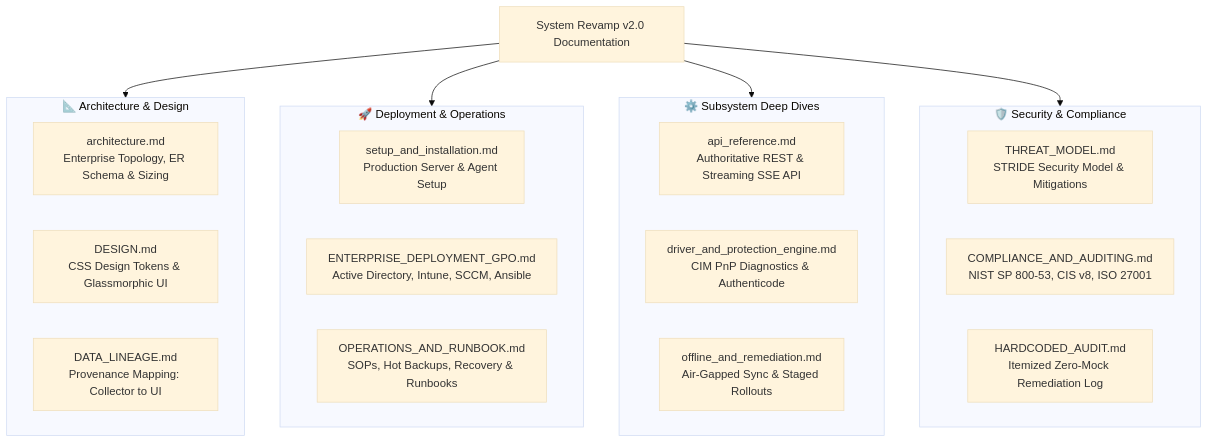
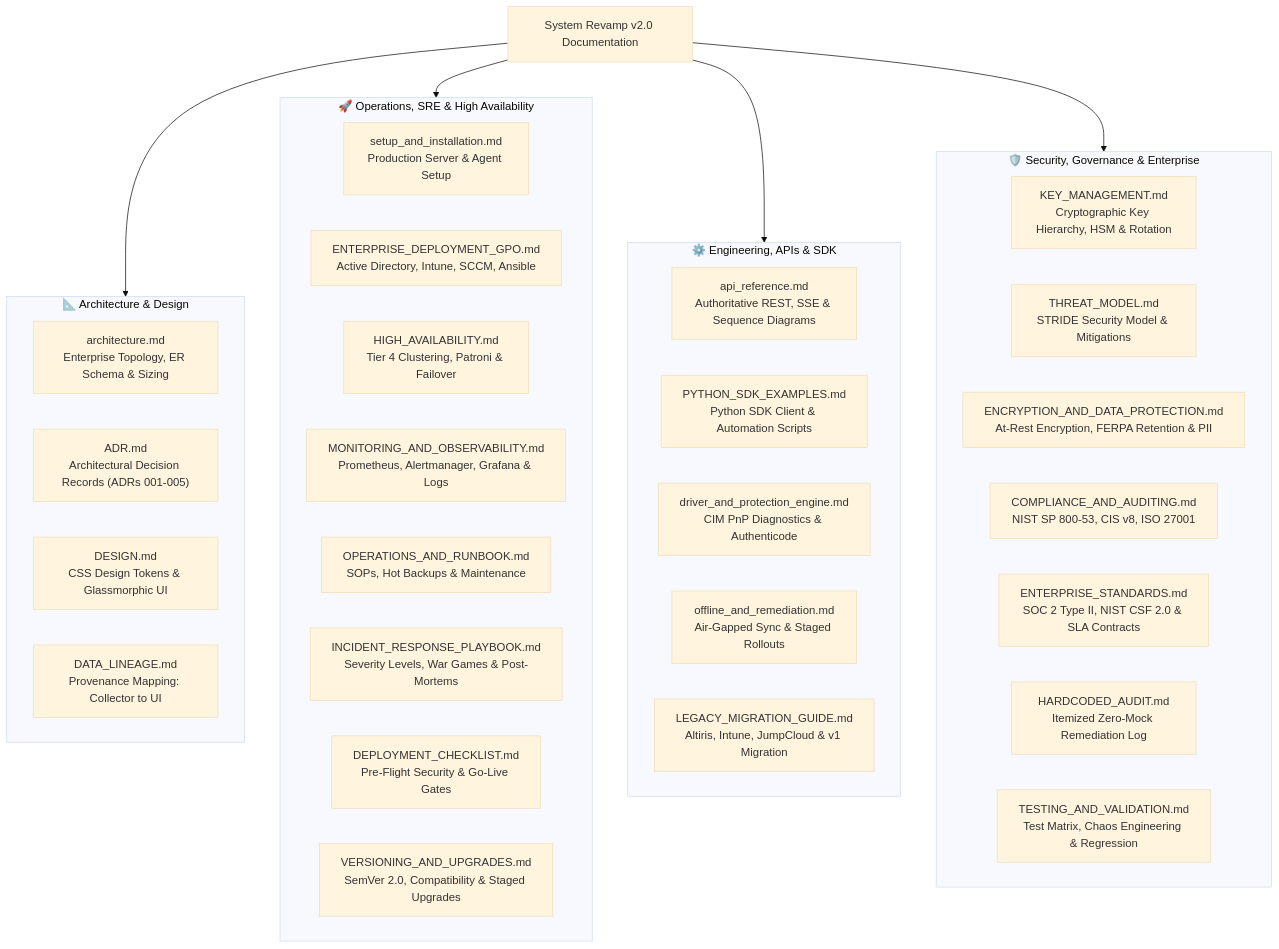
One commit to Darksider70-yep/System_Revamp changed the diagram in docs/README.md. Above: the diagram before and after it, drawn with Mermaid (base theme). The commit also changed other lines of this file and 17 other files, not shown here.

Commit message:
docs: add comprehensive documentation, enterprise standards, and OpenAPI specification files

````diff
--- a/docs/README.md
+++ b/docs/README.md
@@ -13,33 +13,45 @@
 ```mermaid
 graph TD
     Root["System Revamp v2.0 Documentation"]
 
     subgraph Architecture_and_Design ["📐 Architecture & Design"]
         Arch["architecture.md<br/>Enterprise Topology, ER Schema & Sizing"]
+        ADR["ADR.md<br/>Architectural Decision Records (ADRs 001-005)"]
         Design["DESIGN.md<br/>CSS Design Tokens & Glassmorphic UI"]
         Lineage["DATA_LINEAGE.md<br/>Provenance Mapping: Collector to UI"]
     end
 
-    subgraph Operations_and_Deployment ["🚀 Deployment & Operations"]
+    subgraph Operations_and_Reliability ["🚀 Operations, SRE & High Availability"]
         Setup["setup_and_installation.md<br/>Production Server & Agent Setup"]
         GPO["ENTERPRISE_DEPLOYMENT_GPO.md<br/>Active Directory, Intune, SCCM, Ansible"]
-        Runbook["OPERATIONS_AND_RUNBOOK.md<br/>SOPs, Hot Backups, Recovery & Runbooks"]
+        HA["HIGH_AVAILABILITY.md<br/>Tier 4 Clustering, Patroni & Failover"]
+        Mon["MONITORING_AND_OBSERVABILITY.md<br/>Prometheus, Alertmanager, Grafana & Logs"]
+        Runbook["OPERATIONS_AND_RUNBOOK.md<br/>SOPs, Hot Backups & Maintenance"]
+        IR["INCIDENT_RESPONSE_PLAYBOOK.md<br/>Severity Levels, War Games & Post-Mortems"]
+        Checklist["DEPLOYMENT_CHECKLIST.md<br/>Pre-Flight Security & Go-Live Gates"]
+        Version["VERSIONING_AND_UPGRADES.md<br/>SemVer 2.0, Compatibility & Staged Upgrades"]
     end
 
-    subgraph Engineering_Deep_Dives ["⚙️ Subsystem Deep Dives"]
-        API["api_reference.md<br/>Authoritative REST & Streaming SSE API"]
+    subgraph Engineering_and_Automation ["⚙️ Engineering, APIs & SDK"]
+        API["api_reference.md<br/>Authoritative REST, SSE & Sequence Diagrams"]
+        SDK["PYTHON_SDK_EXAMPLES.md<br/>Python SDK Client & Automation Scripts"]
         Driver["driver_and_protection_engine.md<br/>CIM PnP Diagnostics & Authenticode"]
         AirGap["offline_and_remediation.md<br/>Air-Gapped Sync & Staged Rollouts"]
+        Migrate["LEGACY_MIGRATION_GUIDE.md<br/>Altiris, Intune, JumpCloud & v1 Migration"]
     end
 
-    subgraph Security_and_Compliance ["🛡️ Security & Compliance"]
+    subgraph Security_and_Compliance ["🛡️ Security, Governance & Enterprise"]
+        KeyMgmt["KEY_MANAGEMENT.md<br/>Cryptographic Key Hierarchy, HSM & Rotation"]
         Threat["THREAT_MODEL.md<br/>STRIDE Security Model & Mitigations"]
+        Encrypt["ENCRYPTION_AND_DATA_PROTECTION.md<br/>At-Rest Encryption, FERPA Retention & PII"]
         Comp["COMPLIANCE_AND_AUDITING.md<br/>NIST SP 800-53, CIS v8, ISO 27001"]
+        EntStandards["ENTERPRISE_STANDARDS.md<br/>SOC 2 Type II, NIST CSF 2.0 & SLA Contracts"]
         Audit["HARDCODED_AUDIT.md<br/>Itemized Zero-Mock Remediation Log"]
+        TestVal["TESTING_AND_VALIDATION.md<br/>Test Matrix, Chaos Engineering & Regression"]
     end
 
     Root --> Architecture_and_Design
-    Root --> Operations_and_Deployment
-    Root --> Engineering_Deep_Dives
+    Root --> Operations_and_Reliability
+    Root --> Engineering_and_Automation
     Root --> Security_and_Compliance
 ```
````
